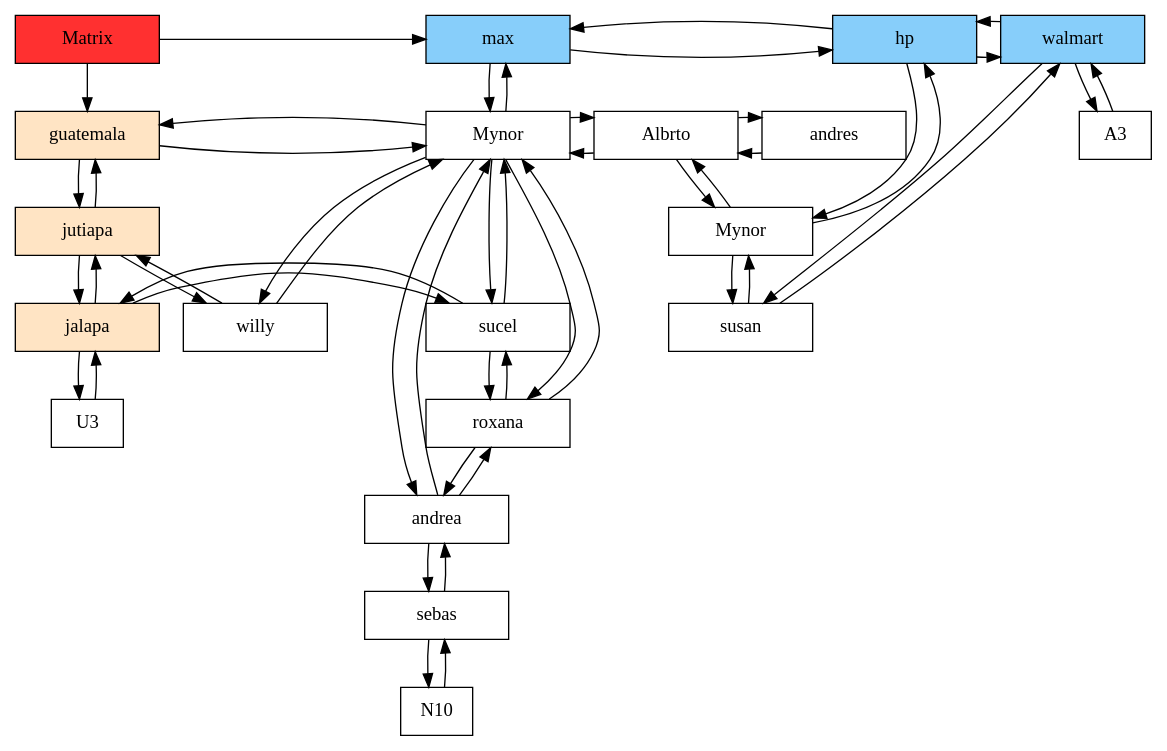
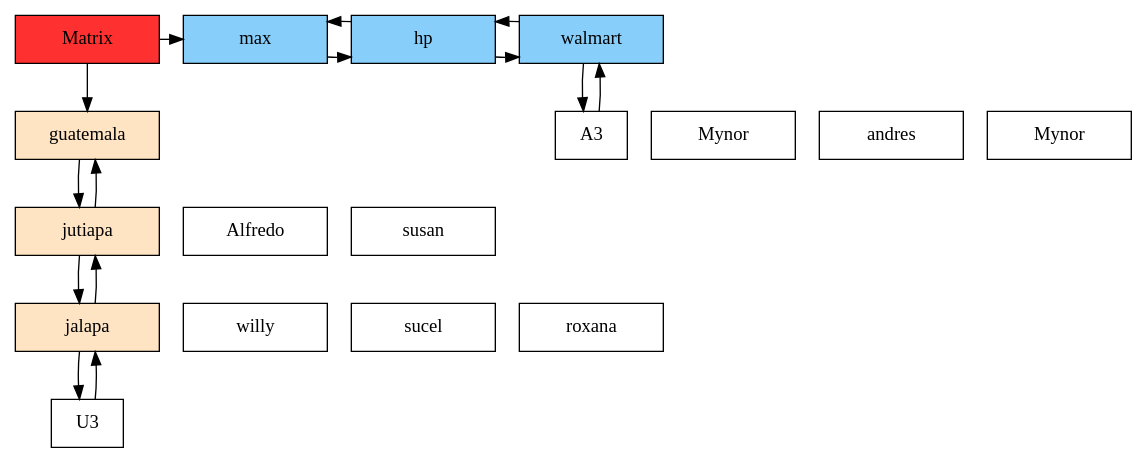
Before and after one commit to MEFM/SistemaDeRentas: the diagram in Matriz.dot, drawn with Graphviz. The commit also changed 26 other files, not shown here.

```diff
--- a/Matriz.dot
+++ b/Matriz.dot
@@ -1,85 +1,47 @@
 digraph a{
 node[shape=box];
-C014B6570[ label = "Matrix", width = 1.5, style = filled, fillcolor = firebrick1, group = 1 ];
+C00736570[ label = "Matrix", width = 1.5, style = filled, fillcolor = firebrick1, group = 1 ];
 U0 [label = "guatemala"    pos = "5.3, 3.5!" width = 1.5 style = filled, fillcolor = bisque1, group = 1 ];
 U1 [label = "jutiapa"    pos = "5.3, 3.5!" width = 1.5 style = filled, fillcolor = bisque1, group = 1 ];
 U2 [label = "jalapa"    pos = "5.3, 3.5!" width = 1.5 style = filled, fillcolor = bisque1, group = 1 ];
-C014B6570->U0
+C00736570->U0
 U0-> U1
 U1-> U0
 U1-> U2
 U2-> U1
 U2-> U3
 U3-> U2
 
 
 A0 [label = max   width = 1.5 style = filled, fillcolor = lightskyblue, group = 2 ];
 A1 [label = hp   width = 1.5 style = filled, fillcolor = lightskyblue, group = 3 ];
 A2 [label = walmart   width = 1.5 style = filled, fillcolor = lightskyblue, group = 4 ];
-C014B6570->A0
+C00736570->A0
 A0-> A1
 A1-> A0
 A1-> A2
 A2-> A1
 A2-> A3
 A3-> A2
 {rank = same;
-C014B6570;
+C00736570;
 A0;
 A1;
 A2;
 }
 
 
 N0[label ="Mynor" width = 1.5, group =0];
-N1[label ="Albrto" width = 1.5, group =0];
-N2[label ="andres" width = 1.5, group =0];
-N3[label ="Mynor" width = 1.5, group =0];
+N1[label ="andres" width = 1.5, group =0];
+N2[label ="Mynor" width = 1.5, group =0];
+N3[label ="Alfredo" width = 1.5, group =0];
 N4[label ="susan" width = 1.5, group =0];
 N5[label ="willy" width = 1.5, group =0];
 N6[label ="sucel" width = 1.5, group =0];
 N7[label ="roxana" width = 1.5, group =0];
-N8[label ="andrea" width = 1.5, group =0];
-N9[label ="sebas" width = 1.5, group =0];
 
-U0-> N0
-N0->U0
-A0->N0;
-N0->A0;
-N1->N0;
-N0->N1;
-N2->N1;
-N1->N2;
-N3->N1;
-N1->N3;
-A1->N3;
-N3->A1;
-N4-> N3
-N3-> N4
-A2->N4;
-N4->A2;
-U1-> N5
-N5->U1
-N5->N0;
-N0->N5;
-U2-> N6
-N6->U2
-N6->N0;
-N0->N6;
-N7-> N6
-N6-> N7
-N7->N0;
-N0->N7;
-N8-> N7
-N7-> N8
-N8->N0;
-N0->N8;
-N9->N8;
-N8->N9;
-N10->N9;
-N9->N10;
 
 {rank = same;U0;N0;N1;N2;}
-{rank = same;U1;N3;}
-{rank = same;U2;N4;N5;N6;}
+{rank = same;U1;N3;N4;}
+{rank = same;U2;N5;N6;N7;}
 }
```
